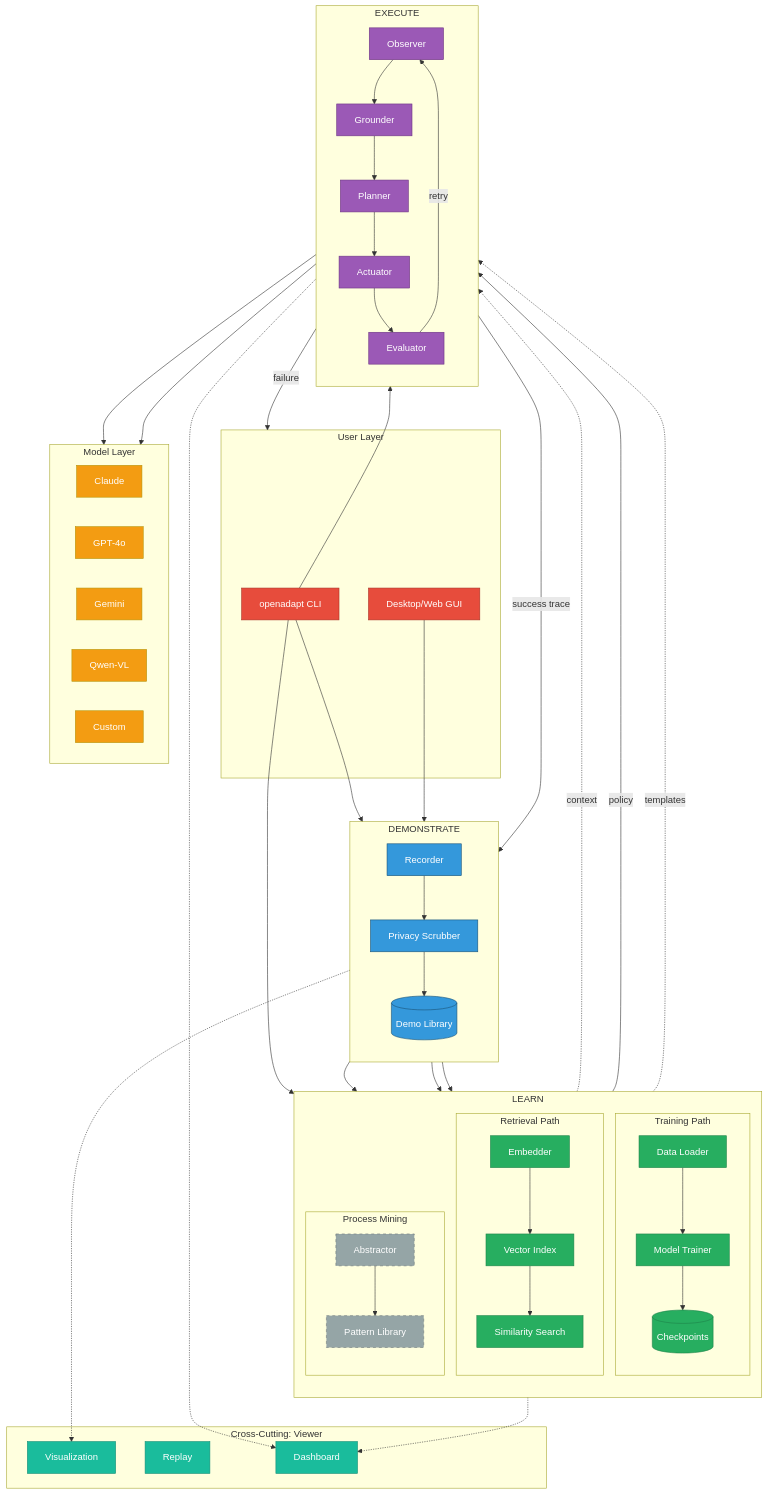
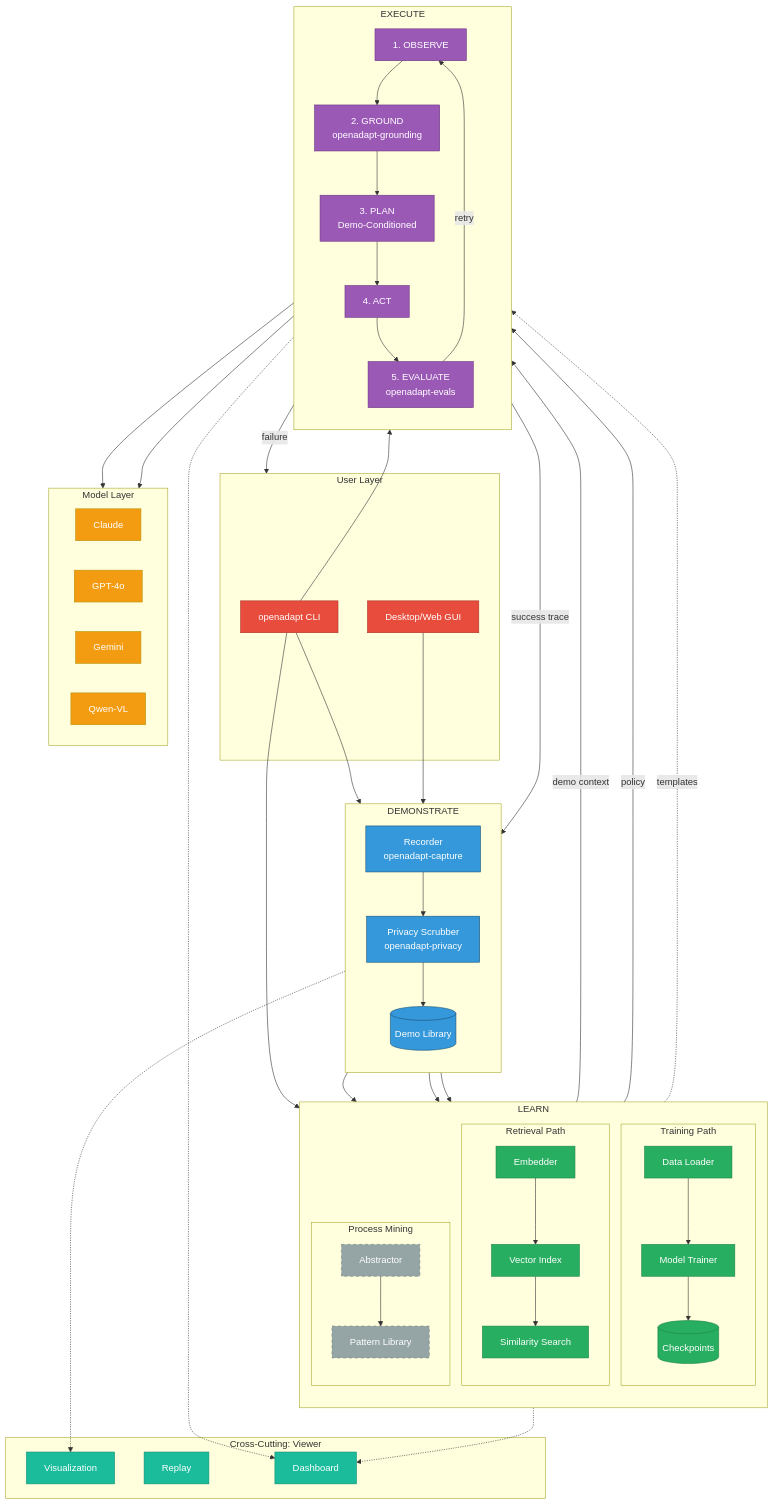
One commit to OpenAdaptAI/OpenAdapt changed the first of 3 diagrams in docs/architecture-evolution.md. Above: the diagram before and after it, drawn with Mermaid. The commit also changed other lines of this file and 18 other files, not shown here.

````diff
--- a/docs/architecture-evolution.md
+++ b/docs/architecture-evolution.md
@@ -824,8 +815,8 @@
 
     subgraph Phase1["DEMONSTRATE"]
         direction TB
-        REC[Recorder]
-        SCRUB[Privacy Scrubber]
+        REC[Recorder<br/>openadapt-capture]
+        SCRUB[Privacy Scrubber<br/>openadapt-privacy]
         STORE[(Demo Library)]
 
         REC --> SCRUB
@@ -855,11 +846,11 @@
 
     subgraph Phase3["EXECUTE"]
         direction TB
-        OBS[Observer]
-        GROUND[Grounder]
-        PLAN[Planner]
-        ACT[Actuator]
-        EVAL[Evaluator]
+        OBS[1. OBSERVE]
+        GROUND[2. GROUND<br/>openadapt-grounding]
+        PLAN[3. PLAN<br/>Demo-Conditioned]
+        ACT[4. ACT]
+        EVAL[5. EVALUATE<br/>openadapt-evals]
 
         OBS --> GROUND
         GROUND --> PLAN
@@ -874,7 +865,6 @@
         GPT[GPT-4o]
         GEMINI[Gemini]
         QWEN[Qwen-VL]
-        CUSTOM[Custom]
     end
 
     subgraph Viewer["Cross-Cutting: Viewer"]
@@ -900,8 +890,8 @@
     TRAINER --> CKPT
     ABSTRACT --> PATTERNS
 
-    %% Execution flow
-    SEARCH -.->|context| PLAN
+    %% Execution flow (demo-conditioning)
+    SEARCH -->|demo context| PLAN
     CKPT -->|policy| PLAN
     PATTERNS -.->|templates| PLAN
 
@@ -932,6 +922,6 @@
     class EMB,IDX,SEARCH,LOADER,TRAINER,CKPT phase2
     class ABSTRACT,PATTERNS future
     class OBS,GROUND,PLAN,ACT,EVAL phase3
-    class CLAUDE,GPT,GEMINI,QWEN,CUSTOM models
+    class CLAUDE,GPT,GEMINI,QWEN models
     class VIZ,REPLAY,DASH viewer
 ```
````
